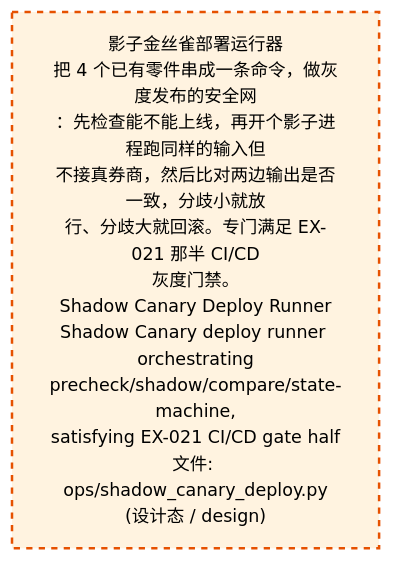
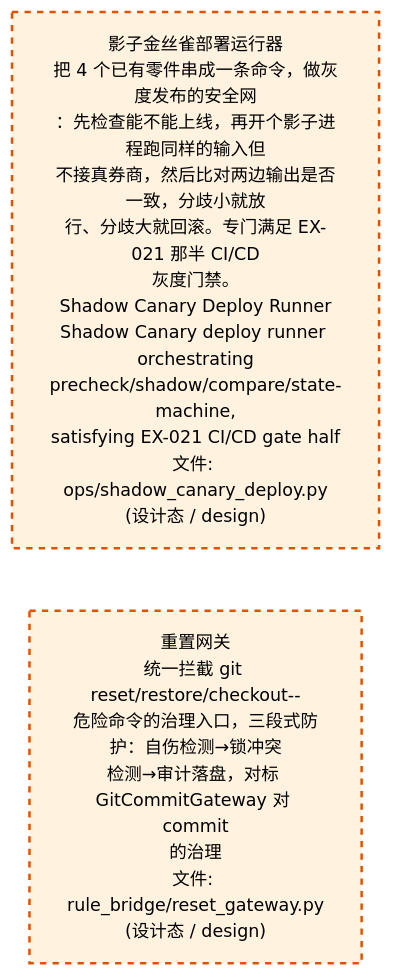
One commit to xuanFelixVan/ZephyrAlpha changed the third of 4 diagrams in docs/02_enterprise_architecture/02_domain_architecture_docs/53_d_gov_enforcement.md. Above: the diagram before and after it, drawn with Mermaid. The commit also changed other lines of this file and 45 other files, not shown here.

First line of the commit message:
chore(reconciler): batched auto-commit (5 reconcilers) by GitCommitGateway post-commit

````diff
--- a/docs/02_enterprise_architecture/02_domain_architecture_docs/53_d_gov_enforcement.md
+++ b/docs/02_enterprise_architecture/02_domain_architecture_docs/53_d_gov_enforcement.md
@@ -782,10 +790,12 @@
 ```mermaid
 %%{init: {'theme': 'base', 'themeVariables': {'primaryColor': '#eaeaea', 'primaryTextColor': '#333333', 'primaryBorderColor': '#666666', 'lineColor': '#666666', 'secondaryColor': '#eaeaea', 'tertiaryColor': '#eaeaea', 'fontSize': '14px'}}}%%
 flowchart TD
     scripts_ops_shadow_canary_deploy_py["影子金丝雀部署运行器<br/>把 4 个已有零件串成一条命令，做灰度发布的安全网<br/>：先检查能不能上线，再开个影子进程跑同样的输入但<br/>不接真券商，然后比对两边输出是否一致，分歧小就放<br/>行、分歧大就回滚。专门满足 EX-021 那半 CI/CD<br/>灰度门禁。<br/>Shadow Canary Deploy Runner<br/>Shadow Canary deploy runner orchestrating<br/>precheck/shadow/compare/state-machine,<br/>satisfying EX-021 CI/CD gate half<br/>文件: ops/shadow_canary_deploy.py<br/>(设计态 / design)"]
+    src_zephyr_gov_enforcement_rule_bridge_reset_gateway_py["重置网关<br/>统一拦截 git reset/restore/checkout--<br/>危险命令的治理入口，三段式防护：自伤检测→锁冲突<br/>检测→审计落盘，对标 GitCommitGateway 对 commit<br/>的治理<br/>文件: rule_bridge/reset_gateway.py<br/>(设计态 / design)"]
+    scripts_ops_shadow_canary_deploy_py ~~~ src_zephyr_gov_enforcement_rule_bridge_reset_gateway_py
     classDef production fill:#e1f5fe,stroke:#01579b,stroke-width:2px,color:#000
     classDef design fill:#fff3e0,stroke:#e65100,stroke-width:2px,color:#000,stroke-dasharray: 5 5
     classDef external_prod fill:#e8f4fd,stroke:#0277bd,stroke-width:1px,color:#000
     classDef external_design fill:#fff8e7,stroke:#ef6c00,stroke-width:1px,color:#000,stroke-dasharray: 5 5
-    class scripts_ops_shadow_canary_deploy_py design
+    class scripts_ops_shadow_canary_deploy_py,src_zephyr_gov_enforcement_rule_bridge_reset_gateway_py design
 ```
````
